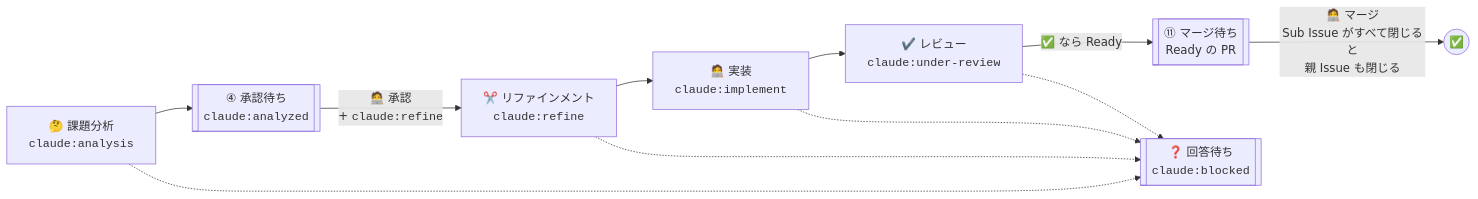
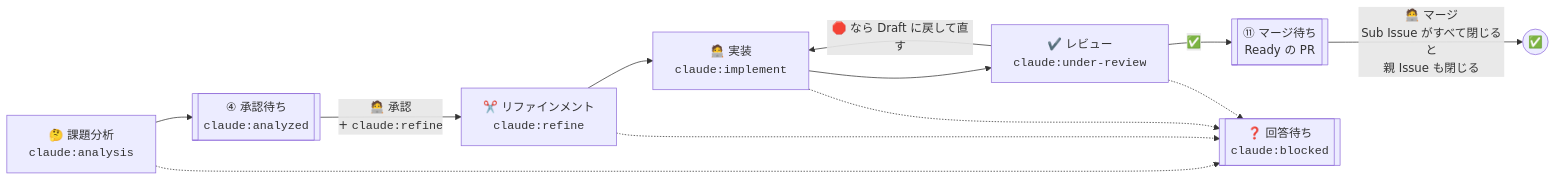
The third of 3 diagrams in README.md (theindiehacker/fastship-plugin), drawn with Mermaid before and after one commit. The commit also changed other lines of this file and 5 other files, not shown here.

````diff
--- a/README.md
+++ b/README.md
@@ -203,9 +203,10 @@
 ```mermaid
 flowchart LR
     analysis["🤔 課題分析<br/><code>claude:analysis</code>"] --> analyzed[["④ 承認待ち<br/><code>claude:analyzed</code>"]]
     analyzed -->|🧑‍💻 承認<br/>+ <code>claude:refine</code>| refine["✂️ リファインメント<br/><code>claude:refine</code>"]
     refine --> implement["🧑‍💻 実装<br/><code>claude:implement</code>"] --> review["✔️ レビュー<br/><code>claude:under-review</code>"]
-    review -->|✅ なら Ready| merge[["⑪ マージ待ち<br/>Ready の PR"]]
+    review -->|✅| merge[["⑪ マージ待ち<br/>Ready の PR"]]
+    review -->|🛑 なら Draft に戻して直す| implement
     merge -->|🧑‍💻 マージ<br/>Sub Issue がすべて閉じると<br/>親 Issue も閉じる| done(("✅"))
     analysis & refine & implement & review -.-> blocked[["❓ 回答待ち<br/><code>claude:blocked</code>"]]
 ```
````
